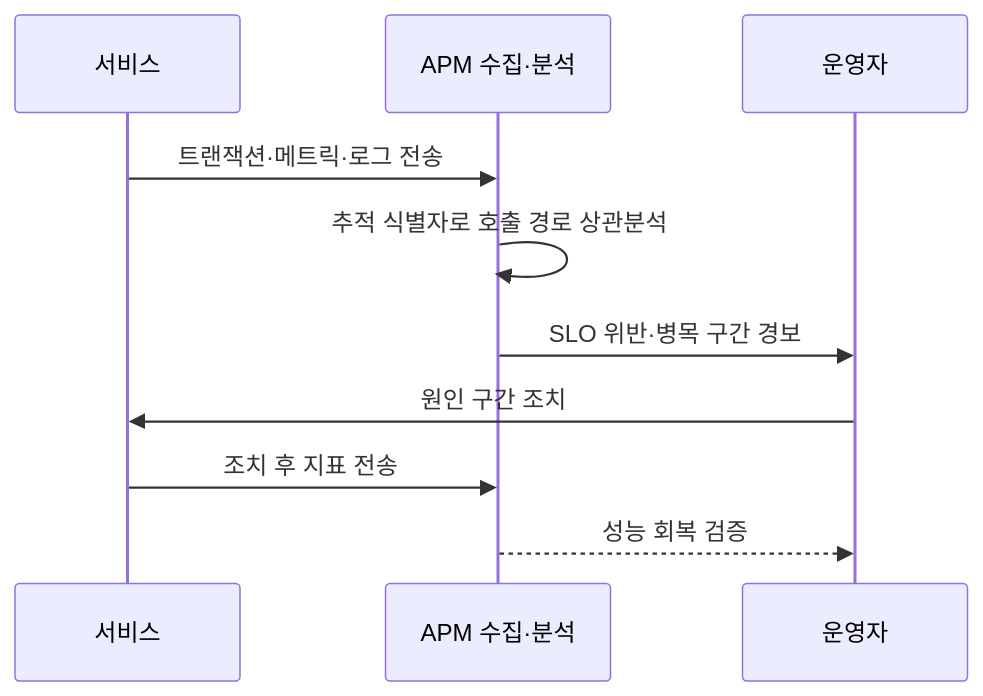
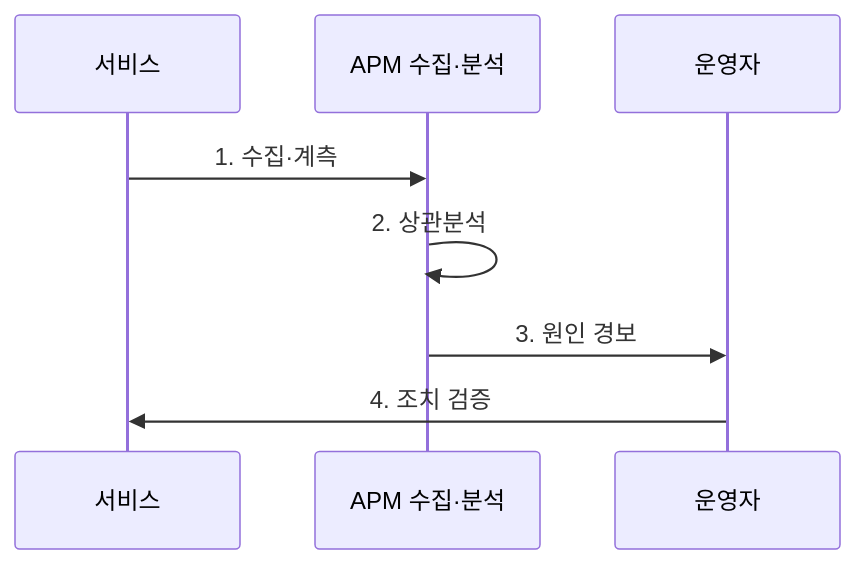
The second of 2 diagrams in src/content/docs/notes/03-software/223_application_performance_management.md (agnusdei1207/knowledge-base), drawn with Mermaid before and after one commit. The commit also changed other lines of this file and 20 other files, not shown here.

````diff
--- a/src/content/docs/notes/03-software/223_application_performance_management.md
+++ b/src/content/docs/notes/03-software/223_application_performance_management.md
@@ -79,12 +84,12 @@
 ```mermaid
 sequenceDiagram
     participant S as 서비스
     participant A as APM 수집·분석
     participant O as 운영자
-    S->>A: 트랜잭션·메트릭·로그 전송
-    A->>A: 추적 식별자로 호출 경로 상관분석
-    A->>O: SLO 위반·병목 구간 경보
-    O->>S: 원인 구간 조치
-    S->>A: 조치 후 지표 전송
-    A-->>O: 성능 회복 검증
+    S->>A: 1. 수집·계측
+    A->>A: 2. 상관분석
+    A->>O: 3. 원인 경보
+    O->>S: 4. 조치 검증
+
+
 ```
````
